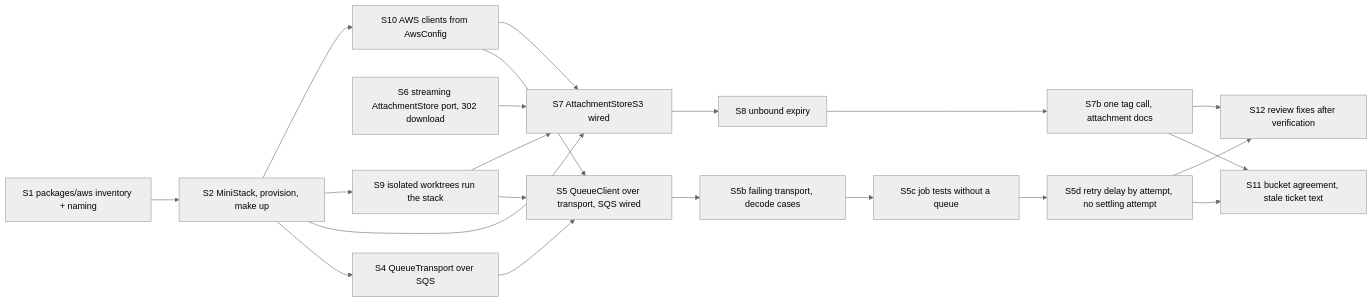
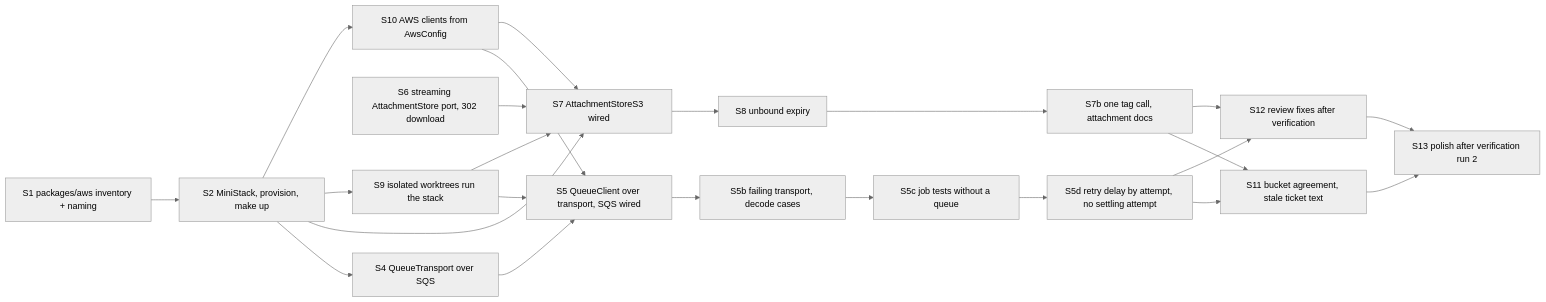
The diagram in docs/tickets/2026-10-19-1448_aws-local/plan.md (khotei/app-template), drawn with Mermaid (neutral theme) before and after one commit. The commit also changed other lines of this file, not shown here.

First line of the commit message:
:memo: docs(aws-local): Plan S13 to polish after verification run 2

````diff
--- a/docs/tickets/2026-10-19-1448_aws-local/plan.md
+++ b/docs/tickets/2026-10-19-1448_aws-local/plan.md
@@ -32,24 +32,26 @@
 ```mermaid
 graph LR
   S1[S1 packages/aws inventory + naming] --> S2[S2 MiniStack, provision, make up]
   S2 --> S4[S4 QueueTransport over SQS]
   S4 --> S5[S5 QueueClient over transport, SQS wired]
   S5 --> S5b[S5b failing transport, decode cases]
   S5b --> S5c[S5c job tests without a queue]
   S5c --> S5d[S5d retry delay by attempt, no settling attempt]
   S6[S6 streaming AttachmentStore port, 302 download]
   S2 --> S7[S7 AttachmentStoreS3 wired]
   S6 --> S7
   S7 --> S8[S8 unbound expiry]
   S8 --> S7b[S7b one tag call, attachment docs]
   S5d --> S11[S11 bucket agreement, stale ticket text]
   S7b --> S11
   S5d --> S12[S12 review fixes after verification]
   S7b --> S12
+  S11 --> S13[S13 polish after verification run 2]
+  S12 --> S13
   S2 --> S9[S9 isolated worktrees run the stack]
   S2 --> S10[S10 AWS clients from AwsConfig]
   S9 --> S5
   S9 --> S7
   S10 --> S5
   S10 --> S7
 ```
````
